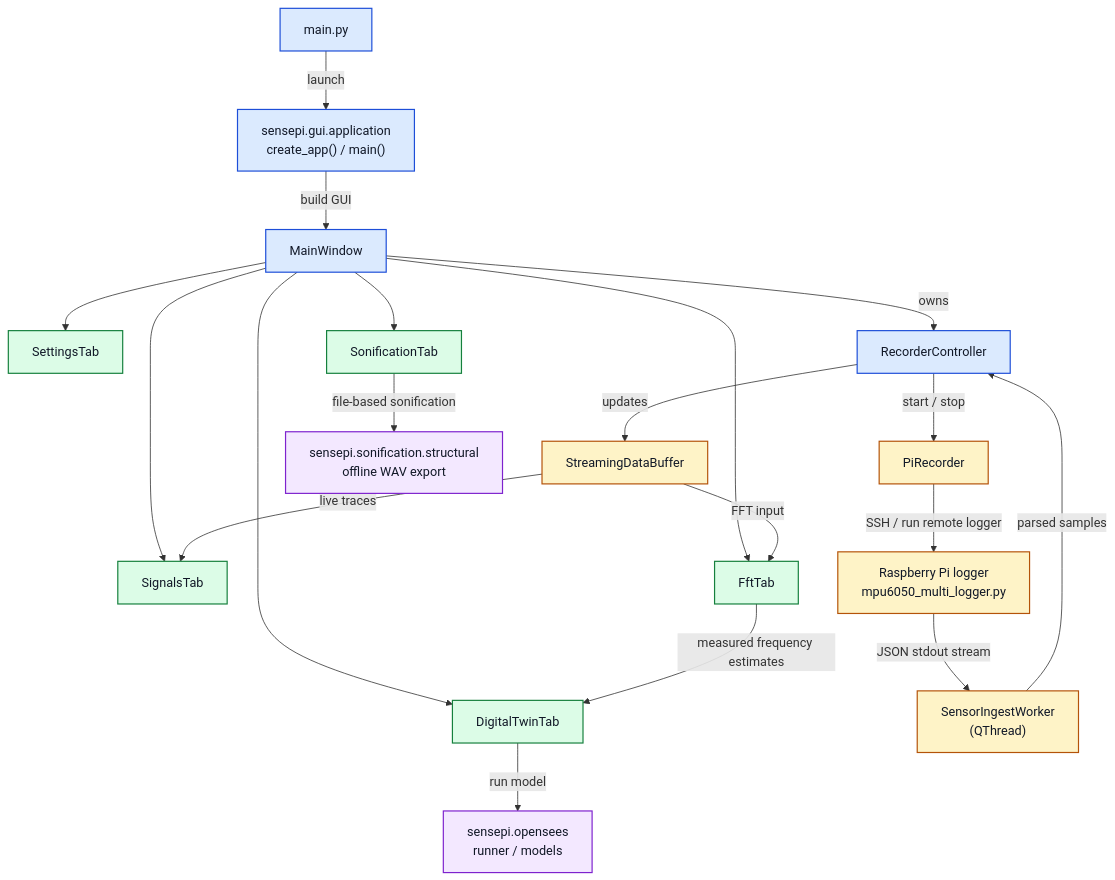
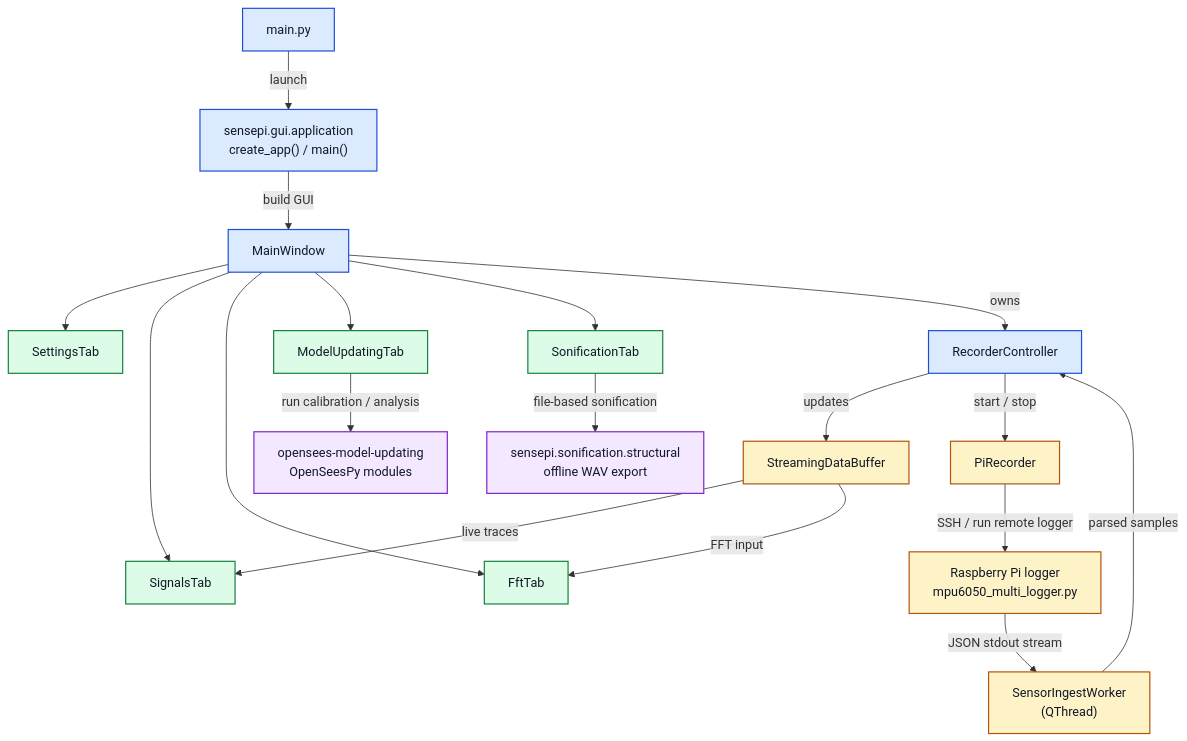
The diagram in docs/gui_pipeline_diagram.mmd (mmdkhl/Senspi_MPU), drawn with Mermaid before and after one commit. The commit also changed 78 other files, not shown here.

Commit message:
Replace digital twin workflow with model updating

```diff
--- a/docs/gui_pipeline_diagram.mmd
+++ b/docs/gui_pipeline_diagram.mmd
@@ -1,51 +1,50 @@
 flowchart TB
     main["main.py"]
     app["sensepi.gui.application<br/>create_app() / main()"]
     window["MainWindow"]
 
     settings["SettingsTab"]
     signals["SignalsTab"]
     fft["FftTab"]
-    dtwin["DigitalTwinTab"]
+    modelupdating["ModelUpdatingTab"]
     sonify["SonificationTab"]
 
     controller["RecorderController"]
     buffer["StreamingDataBuffer"]
     pirec["PiRecorder"]
     ingest["SensorIngestWorker<br/>(QThread)"]
     pi["Raspberry Pi logger<br/>mpu6050_multi_logger.py"]
 
-    opensees["sensepi.opensees<br/>runner / models"]
+    opensees_project["opensees-model-updating<br/>OpenSeesPy modules"]
     sonify_backend["sensepi.sonification.structural<br/>offline WAV export"]
 
     main -->|"launch"| app
     app -->|"build GUI"| window
 
     window --> settings
     window --> signals
     window --> fft
-    window --> dtwin
+    window --> modelupdating
     window --> sonify
     window -->|"owns"| controller
 
     controller -->|"updates"| buffer
     controller -->|"start / stop"| pirec
     pirec -->|"SSH / run remote logger"| pi
     pi -->|"JSON stdout stream"| ingest
     ingest -->|"parsed samples"| controller
 
     buffer -->|"live traces"| signals
     buffer -->|"FFT input"| fft
-    fft -->|"measured frequency estimates"| dtwin
-    dtwin -->|"run model"| opensees
+    modelupdating -->|"run calibration / analysis"| opensees_project
     sonify -->|"file-based sonification"| sonify_backend
 
     classDef core fill:#dbeafe,stroke:#1d4ed8,stroke-width:1.5px,color:#111827;
     classDef tab fill:#dcfce7,stroke:#15803d,stroke-width:1.5px,color:#111827;
     classDef runtime fill:#fef3c7,stroke:#b45309,stroke-width:1.5px,color:#111827;
     classDef backend fill:#f3e8ff,stroke:#7e22ce,stroke-width:1.5px,color:#111827;
 
     class main,app,window,controller core;
-    class settings,signals,fft,dtwin,sonify tab;
+    class settings,signals,fft,modelupdating,sonify tab;
     class buffer,pirec,ingest,pi runtime;
-    class opensees,sonify_backend backend;
+    class opensees_project,sonify_backend backend;
```
